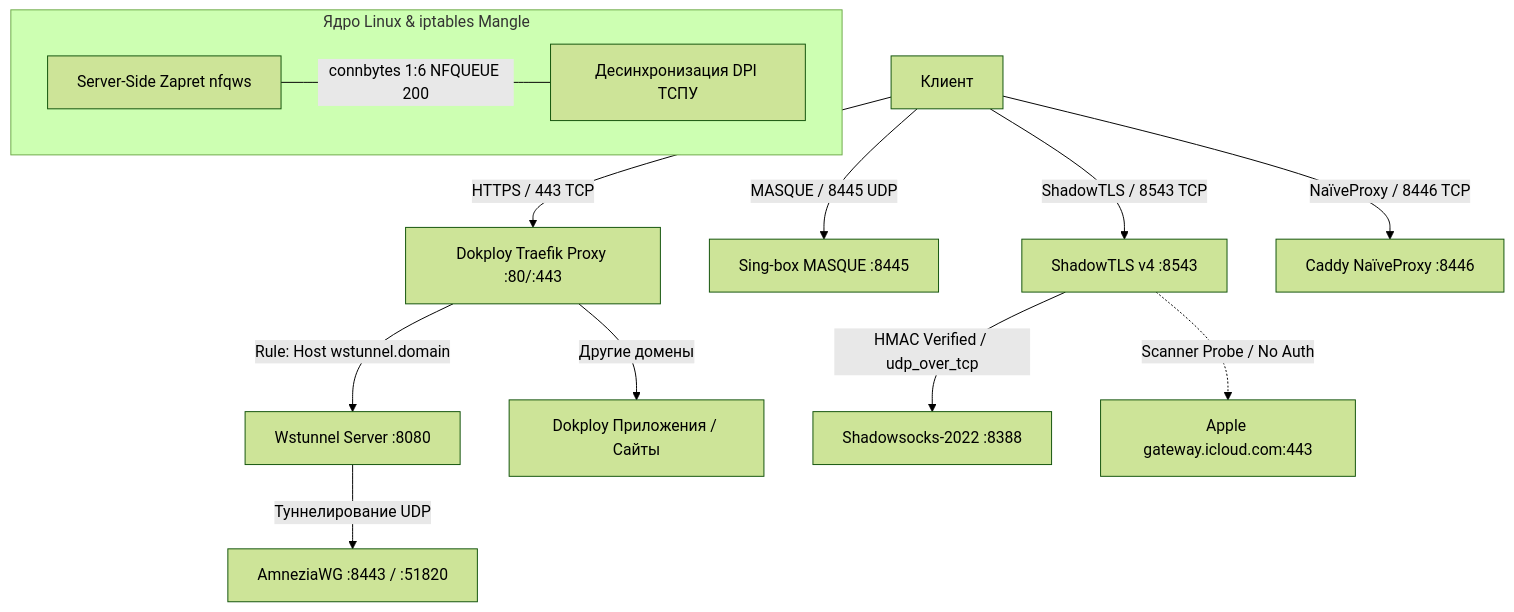
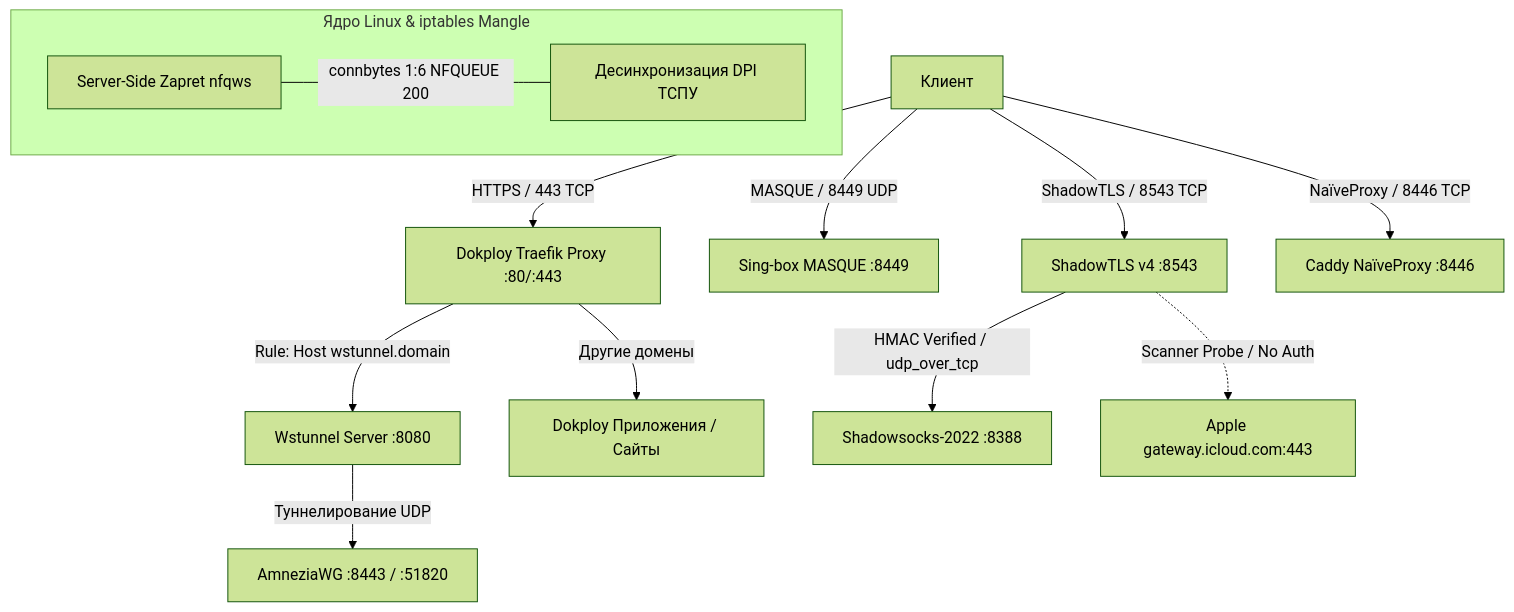
Before and after one commit to torrua/Nginx-L4-Stream-Router-Mask-for-3x-ui: the diagram in docs/NEXTGEN_PROTOCOLS_DOKPLOY.md, drawn with Mermaid (forest theme). The commit also changed other lines of this file and 25 other files, not shown here.

````diff
--- a/docs/NEXTGEN_PROTOCOLS_DOKPLOY.md
+++ b/docs/NEXTGEN_PROTOCOLS_DOKPLOY.md
@@ -54,19 +54,19 @@
 ```mermaid
 graph TD
     UserClient[Клиент] -->|HTTPS / 443 TCP| Traefik[Dokploy Traefik Proxy :80/:443]
-    UserClient -->|MASQUE / 8445 UDP| SingBoxMasque[Sing-box MASQUE :8445]
+    UserClient -->|MASQUE / 8449 UDP| SingBoxMasque[Sing-box MASQUE :8449]
     UserClient -->|ShadowTLS / 8543 TCP| ShadowTLS[ShadowTLS v4 :8543]
     UserClient -->|NaïveProxy / 8446 TCP| CaddyNaive[Caddy NaïveProxy :8446]
 
     Traefik -->|Rule: Host wstunnel.domain| Wstunnel[Wstunnel Server :8080]
     Traefik -->|Другие домены| DokployApps[Dokploy Приложения / Сайты]
 
     ShadowTLS -->|HMAC Verified / udp_over_tcp| SS2022[Shadowsocks-2022 :8388]
     ShadowTLS -.->|Scanner Probe / No Auth| AppleDecoy[Apple gateway.icloud.com:443]
 
     Wstunnel -->|Туннелирование UDP| AWG[AmneziaWG :8443 / :51820]
 
     subgraph LinuxKernel[Ядро Linux & iptables Mangle]
         ZapretNFQWS[Server-Side Zapret nfqws] ---|connbytes 1:6 NFQUEUE 200| DPIBypass[Десинхронизация DPI ТСПУ]
     end
 ```
````
